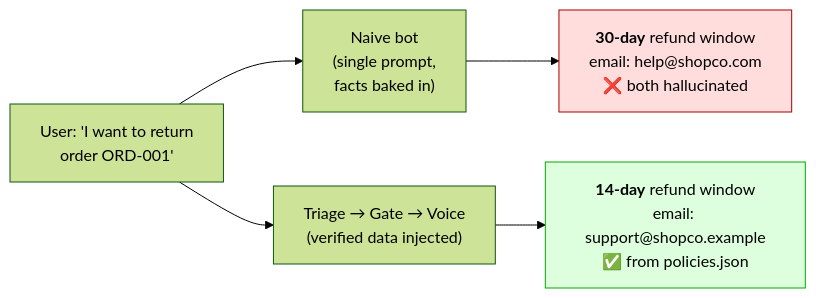
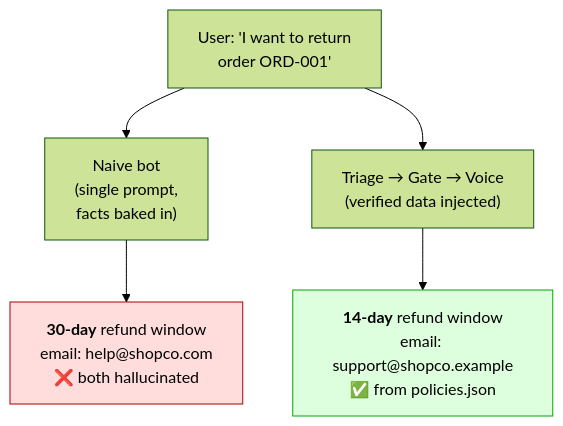
One commit to svetkis/triage-and-voice changed the first of 3 diagrams in README.md. Above: the diagram before and after it, drawn with Mermaid (forest theme). The commit also changed other lines of this file, not shown here.

First line of the commit message:
docs(readme): switch mermaid diagrams to top-down layout

````diff
--- a/README.md
+++ b/README.md
@@ -51,13 +51,13 @@
 ```mermaid
-flowchart LR
+flowchart TD
     M["User: 'I want to return<br/>order ORD-001'"]
 
     M --> N["Naive bot<br/>(single prompt,<br/>facts baked in)"]
     N --> NR["<b>30-day</b> refund window<br/>email: help@shopco.com<br/>❌ both hallucinated"]
 
     M --> TV["Triage &rarr; Gate &rarr; Voice<br/>(verified data injected)"]
     TV --> TR["<b>14-day</b> refund window<br/>email: support@shopco.example<br/>✅ from policies.json"]
 
     style NR fill:#fdd,stroke:#a00,color:#000
     style TR fill:#dfd,stroke:#0a0,color:#000
 ```
````
